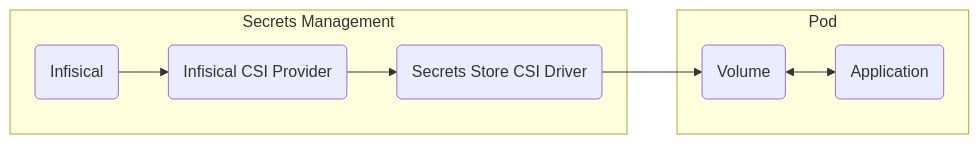
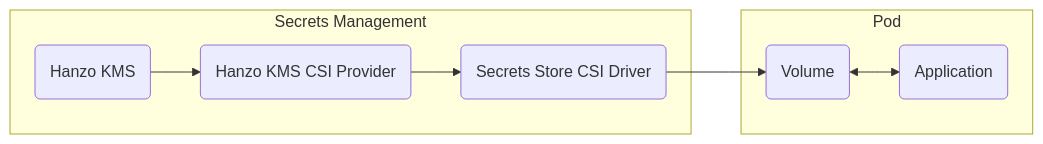
The diagram in docs/integrations/platforms/kubernetes-csi.mdx (hanzoai/kms), drawn with Mermaid before and after one commit. The commit also changed other lines of this file and 927 other files, not shown here.

First line of the commit message:
feat: complete Hanzo KMS rebranding across upstream merge

````diff
--- a/docs/integrations/platforms/kubernetes-csi.mdx
+++ b/docs/integrations/platforms/kubernetes-csi.mdx
@@ -11,13 +11,13 @@
 ```mermaid
 flowchart LR
     subgraph Secrets Management
-        SS(Infisical) --> CSP(Infisical CSI Provider)
+        SS(Hanzo KMS) --> CSP(Hanzo KMS CSI Provider)
         CSP --> CSD(Secrets Store CSI Driver)
     end
 
     subgraph Pod
         CSD --> V(Volume)
         V <--> P(Application)
     end
 
 ```
````
